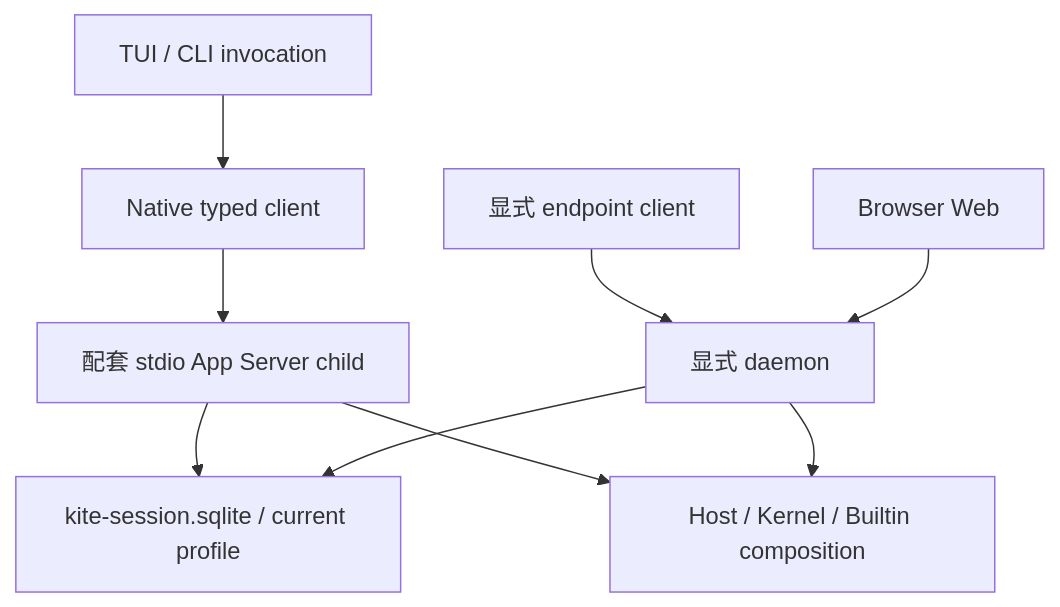
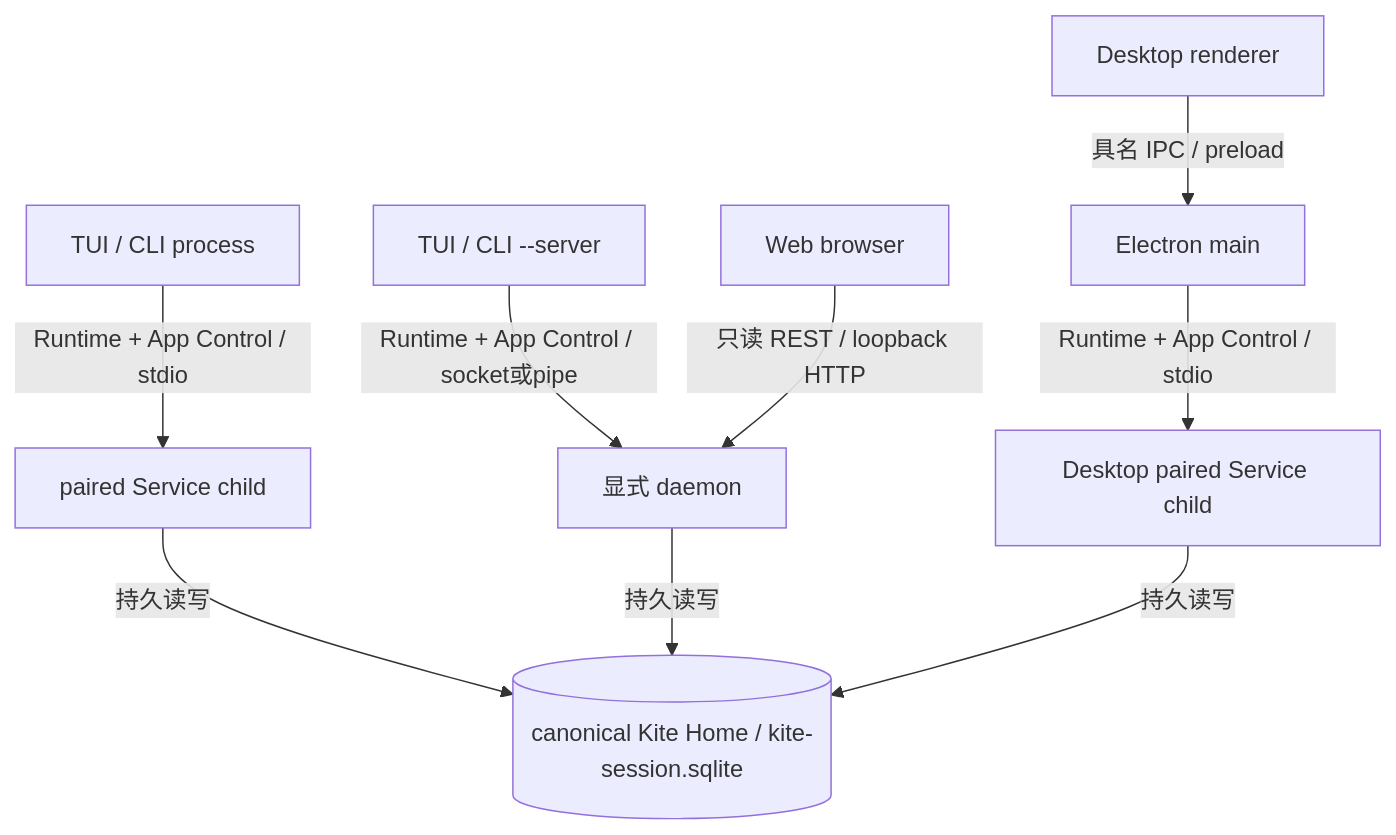
Before and after one commit to ferqx/kite-code: the diagram in docs/development/architecture/topology.md, drawn with Mermaid. The commit also changed other lines of this file and 14 other files, not shown here.

Commit message:
docs: map product architecture and verify runtime boundaries

````diff
--- a/docs/development/architecture/topology.md
+++ b/docs/development/architecture/topology.md
@@ -5,11 +5,11 @@
 ```mermaid
 flowchart TD
-  T[TUI / CLI invocation] --> N[Native typed client]
-  N --> C[配套 stdio App Server child]
-  E[显式 endpoint client] --> D[显式 daemon]
-  W[Browser Web] --> D
-  C --> S[kite-session.sqlite / current profile]
-  D --> S
-  C --> H[Host / Kernel / Builtin composition]
-  D --> H
+  T[TUI / CLI process] -->|Runtime + App Control / stdio| C[paired Service child]
+  E[TUI / CLI --server] -->|Runtime + App Control / socket或pipe| D[显式 daemon]
+  W[Web browser] -->|只读 REST / loopback HTTP| D
+  R[Desktop renderer] -->|具名 IPC / preload| M[Electron main]
+  M -->|Runtime + App Control / stdio| X[Desktop paired Service child]
+  C -->|持久读写| S[(canonical Kite Home / kite-session.sqlite)]
+  D -->|持久读写| S
+  X -->|持久读写| S
 ```
````
